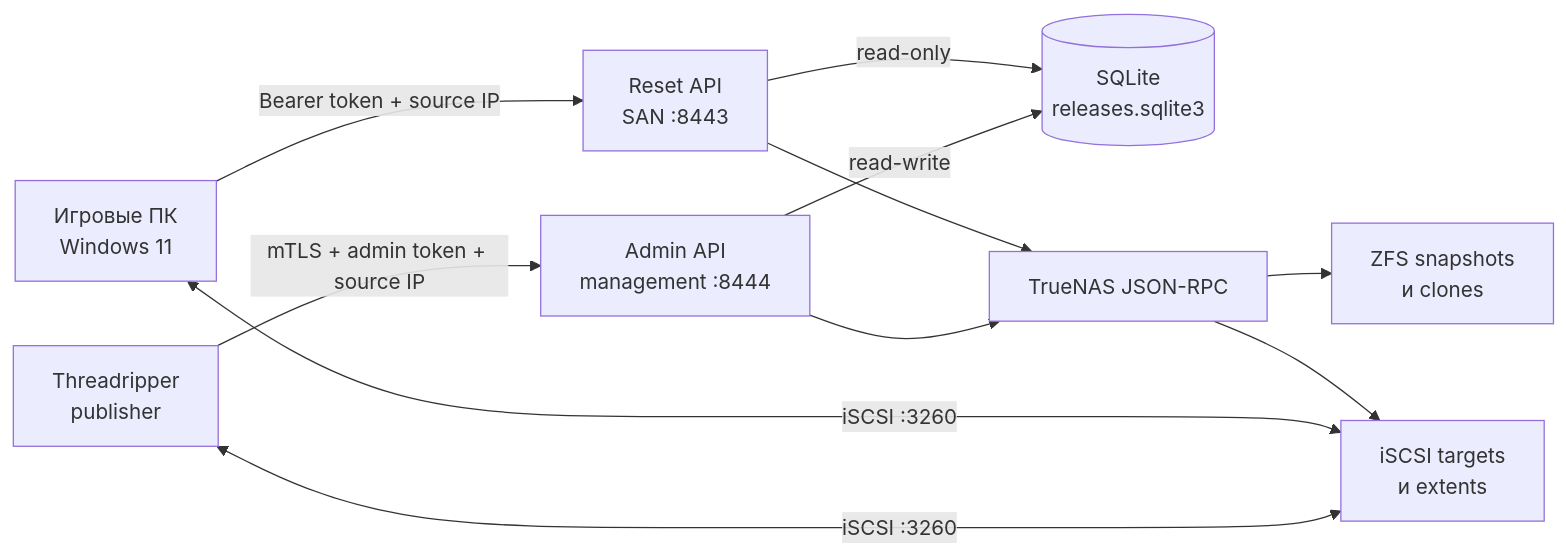
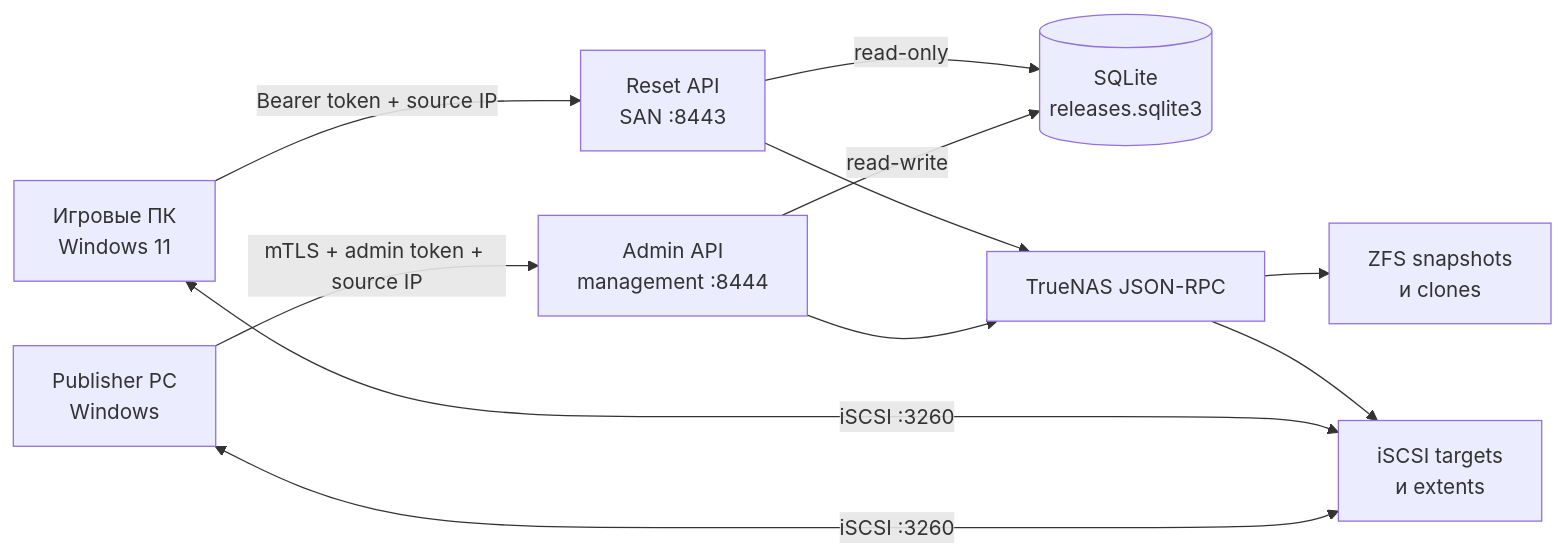
One commit to Xerz/iscsi-reset-service changed the first of 3 diagrams in README.md. Above: the diagram before and after it, drawn with Mermaid. The commit also changed other lines of this file and 9 other files, not shown here.

````diff
--- a/README.md
+++ b/README.md
@@ -17,22 +17,22 @@
 ```mermaid
 flowchart LR
     clients["Игровые ПК<br/>Windows 11"]
-    publisher["Threadripper<br/>publisher"]
+    publisher["Publisher PC<br/>Windows"]
     reset["Reset API<br/>SAN :8443"]
     admin["Admin API<br/>management :8444"]
     database[("SQLite<br/>releases.sqlite3")]
     truenas["TrueNAS JSON-RPC"]
     zfs["ZFS snapshots<br/>и clones"]
     iscsi["iSCSI targets<br/>и extents"]
 
     clients -->|"Bearer token + source IP"| reset
     publisher -->|"mTLS + admin token + source IP"| admin
     reset -->|"read-only"| database
     admin -->|"read-write"| database
     reset --> truenas
     admin --> truenas
     truenas --> zfs
     truenas --> iscsi
     clients <-->|"iSCSI :3260"| iscsi
     publisher <-->|"iSCSI :3260"| iscsi
 ```
````
